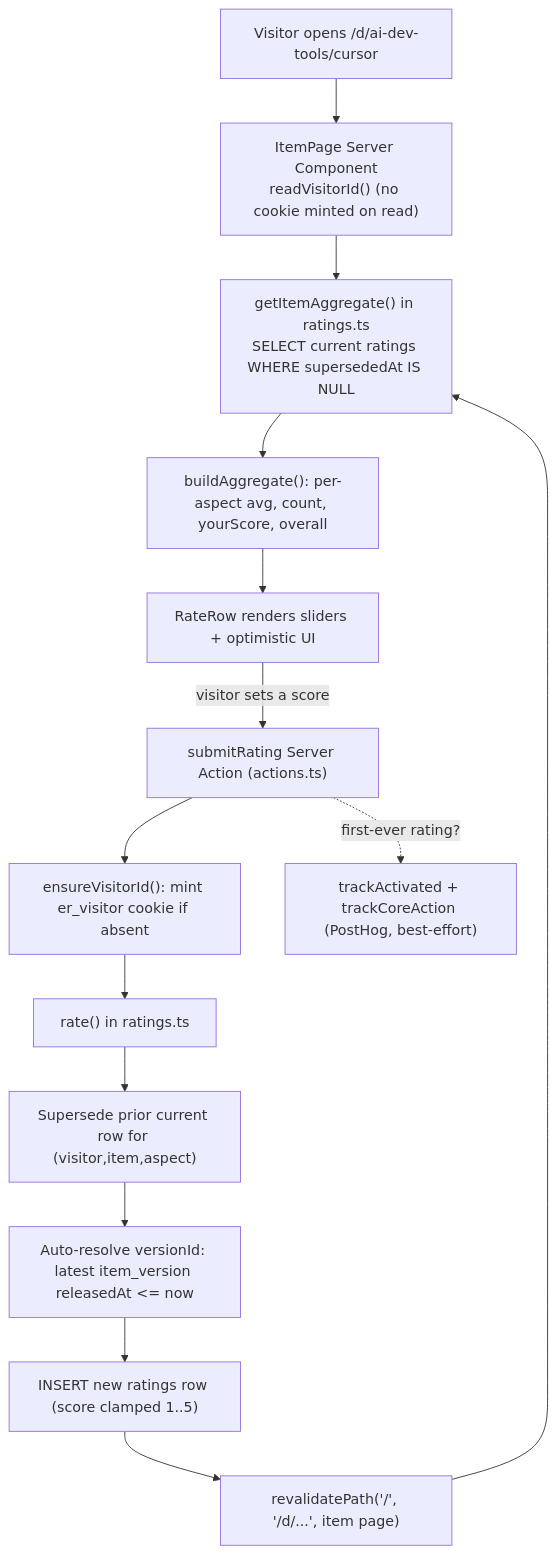
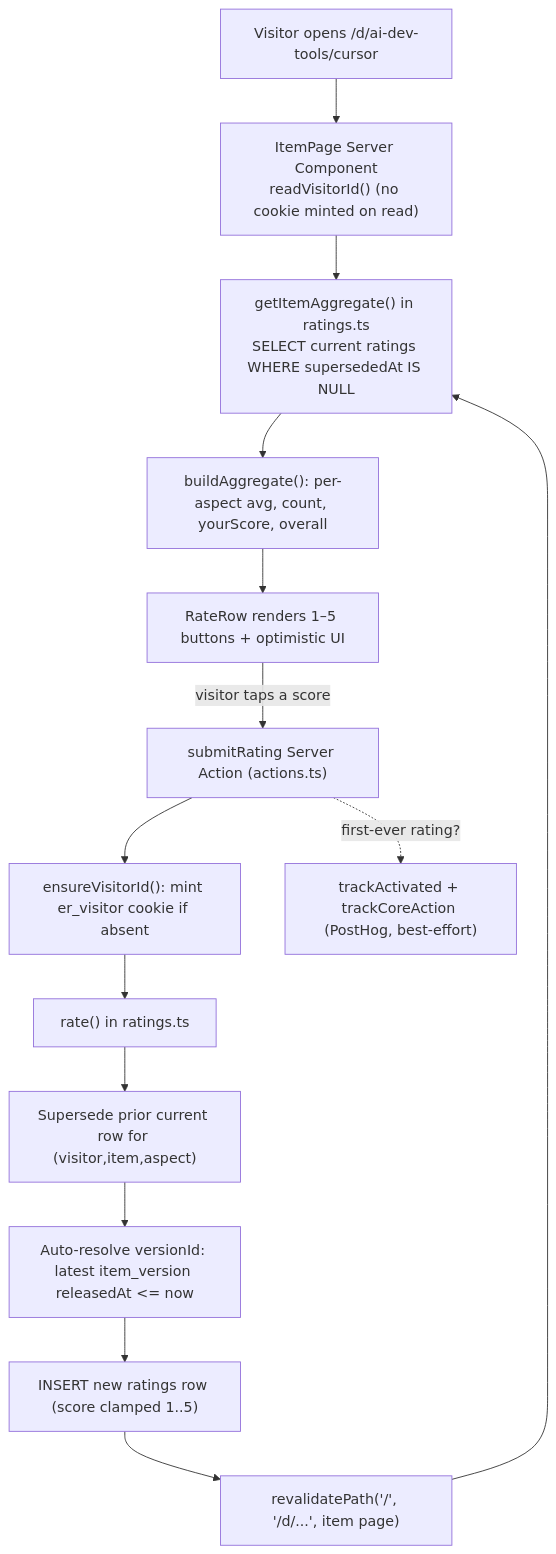
One commit to High-Signal-App/everythingrated changed the diagram in docs/architecture/how-it-works.md. Above: the diagram before and after it, drawn with Mermaid. The commit also changed other lines of this file and 12 other files, not shown here.

First line of the commit message:
docs: accuracy pass — fix rating-scale, rate-limiter, and submission drift

````diff
--- a/docs/architecture/how-it-works.md
+++ b/docs/architecture/how-it-works.md
@@ -74,16 +75,16 @@
 ```mermaid
 flowchart TD
     A["Visitor opens /d/ai-dev-tools/cursor"] --> B["ItemPage Server Component<br/>readVisitorId() (no cookie minted on read)"]
     B --> C["getItemAggregate() in ratings.ts<br/>SELECT current ratings WHERE supersededAt IS NULL"]
     C --> D["buildAggregate(): per-aspect avg, count, yourScore, overall"]
-    D --> E["RateRow renders sliders + optimistic UI"]
-    E -->|"visitor sets a score"| F["submitRating Server Action (actions.ts)"]
+    D --> E["RateRow renders 1–5 buttons + optimistic UI"]
+    E -->|"visitor taps a score"| F["submitRating Server Action (actions.ts)"]
     F --> G["ensureVisitorId(): mint er_visitor cookie if absent"]
     G --> H["rate() in ratings.ts"]
     H --> I["Supersede prior current row for (visitor,item,aspect)"]
     I --> J["Auto-resolve versionId: latest item_version releasedAt <= now"]
     J --> K["INSERT new ratings row (score clamped 1..5)"]
     K --> L["revalidatePath('/', '/d/...', item page)"]
     L --> C
     F -.->|"first-ever rating?"| M["trackActivated + trackCoreAction (PostHog, best-effort)"]
 ```
````
